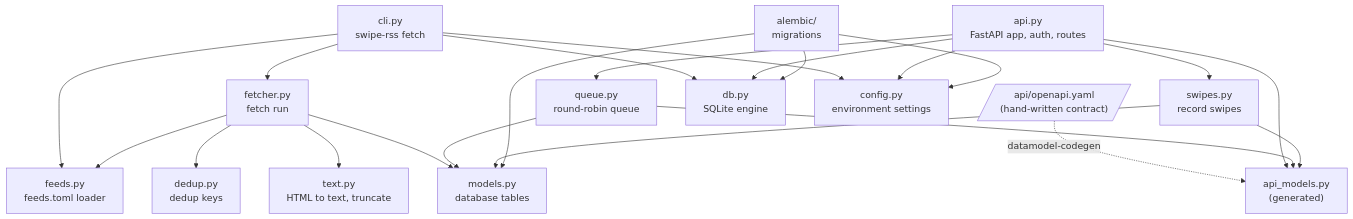
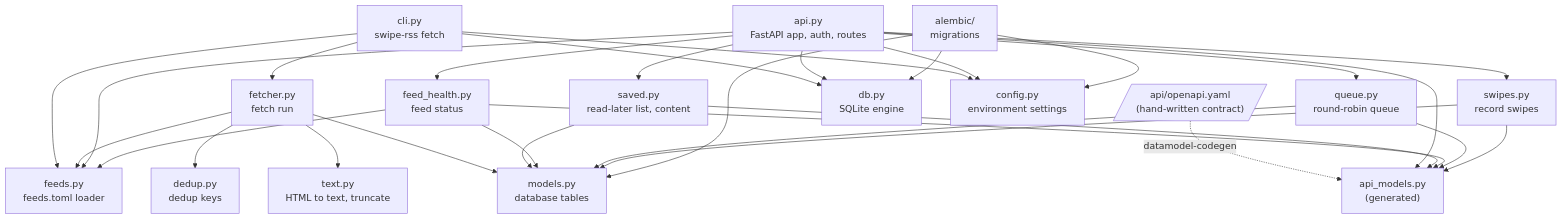
One commit to shanirub/swipe-rss-reader changed the second of 16 diagrams in docs/architecture.md. Above: the diagram before and after it, drawn with Mermaid. The commit also changed other lines of this file and 12 other files, not shown here.

First line of the commit message:
Add GET /feeds, GET /saved and saved content endpoints

````diff
--- a/docs/architecture.md
+++ b/docs/architecture.md
@@ -53,25 +53,29 @@
 ```mermaid
 flowchart TD
     spec[/"api/openapi.yaml<br/>(hand-written contract)"/]
     cli["cli.py<br/>swipe-rss fetch"]
     fetcher["fetcher.py<br/>fetch run"]
     feeds["feeds.py<br/>feeds.toml loader"]
     dedup["dedup.py<br/>dedup keys"]
     text["text.py<br/>HTML to text, truncate"]
     api["api.py<br/>FastAPI app, auth, routes"]
     queue["queue.py<br/>round-robin queue"]
     swipes["swipes.py<br/>record swipes"]
+    saved["saved.py<br/>read-later list, content"]
+    health["feed_health.py<br/>feed status"]
     api_models["api_models.py<br/>(generated)"]
     models["models.py<br/>database tables"]
     db["db.py<br/>SQLite engine"]
     config["config.py<br/>environment settings"]
     alembic["alembic/<br/>migrations"]
 
     spec -. "datamodel-codegen" .-> api_models
     cli --> config & db & feeds & fetcher
     fetcher --> feeds & dedup & text & models
-    api --> config & db & queue & swipes & api_models
+    api --> config & db & feeds & queue & swipes & saved & health & api_models
+    saved --> api_models & models
+    health --> api_models & feeds & models
     queue --> api_models & models
     swipes --> api_models & models
     alembic --> config & db & models
 ```
````
